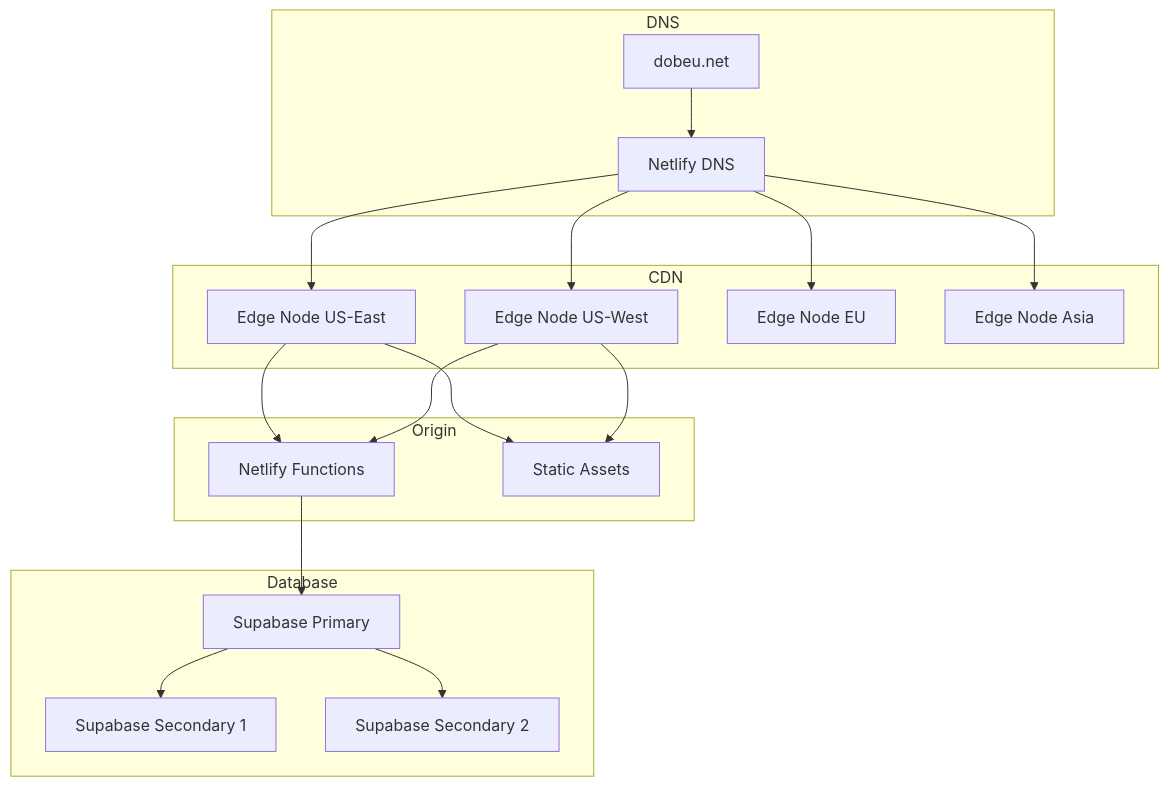
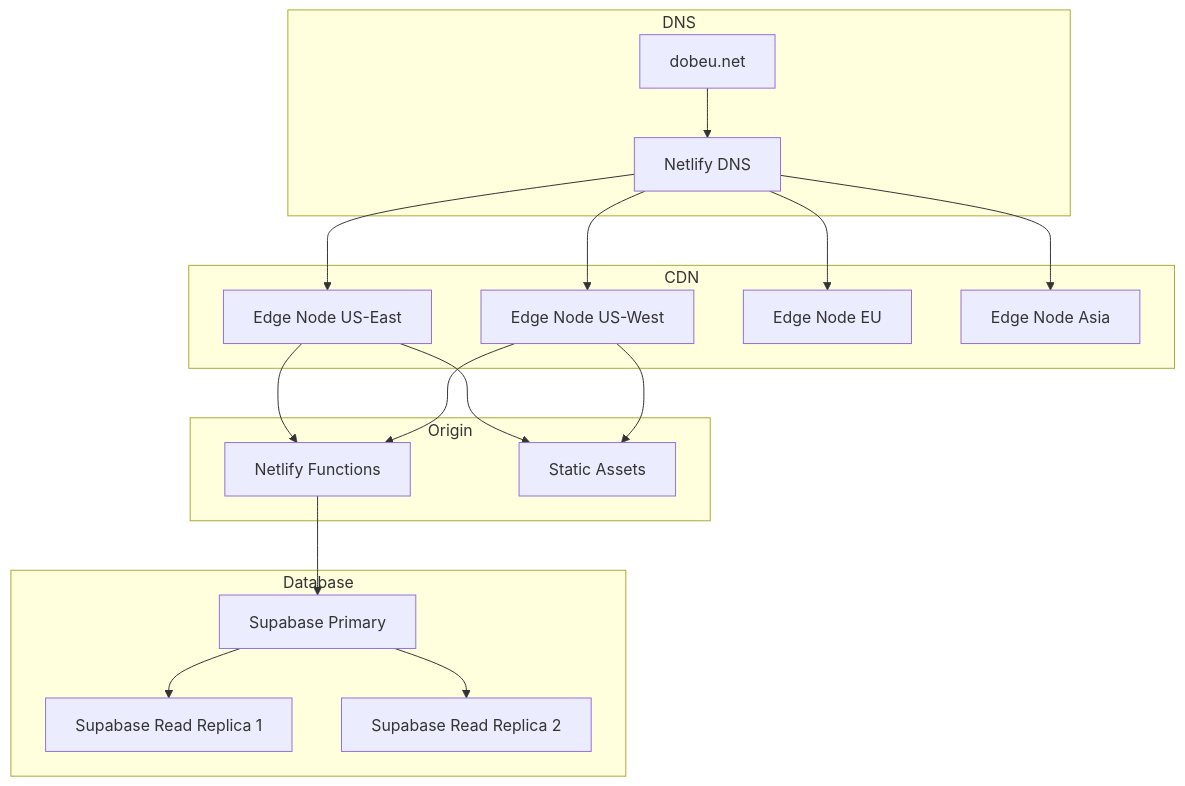
One commit to dobeutech/dobeunet-vercel changed diagram 13 of 19 in docs/SYSTEM_ARCHITECTURE.md. Above: the diagram before and after it, drawn with Mermaid. The commit also changed 8 other files, not shown here.

````diff
--- a/docs/SYSTEM_ARCHITECTURE.md
+++ b/docs/SYSTEM_ARCHITECTURE.md
@@ -686,38 +686,38 @@
 ```mermaid
 graph TB
     subgraph "DNS"
         Domain[dobeu.net]
         Netlify[Netlify DNS]
     end
 
     subgraph "CDN"
         Edge1[Edge Node US-East]
         Edge2[Edge Node US-West]
         Edge3[Edge Node EU]
         Edge4[Edge Node Asia]
     end
 
     subgraph "Origin"
         Functions[Netlify Functions]
         Static[Static Assets]
     end
 
     subgraph "Database"
         Primary[Supabase Primary]
-        Secondary1[Supabase Secondary 1]
-        Secondary2[Supabase Secondary 2]
+        Replica1[Supabase Read Replica 1]
+        Replica2[Supabase Read Replica 2]
     end
 
     Domain --> Netlify
     Netlify --> Edge1
     Netlify --> Edge2
     Netlify --> Edge3
     Netlify --> Edge4
     Edge1 --> Functions
     Edge1 --> Static
     Edge2 --> Functions
     Edge2 --> Static
     Functions --> Primary
-    Primary --> Secondary1
-    Primary --> Secondary2
+    Primary --> Replica1
+    Primary --> Replica2
 ```
````
